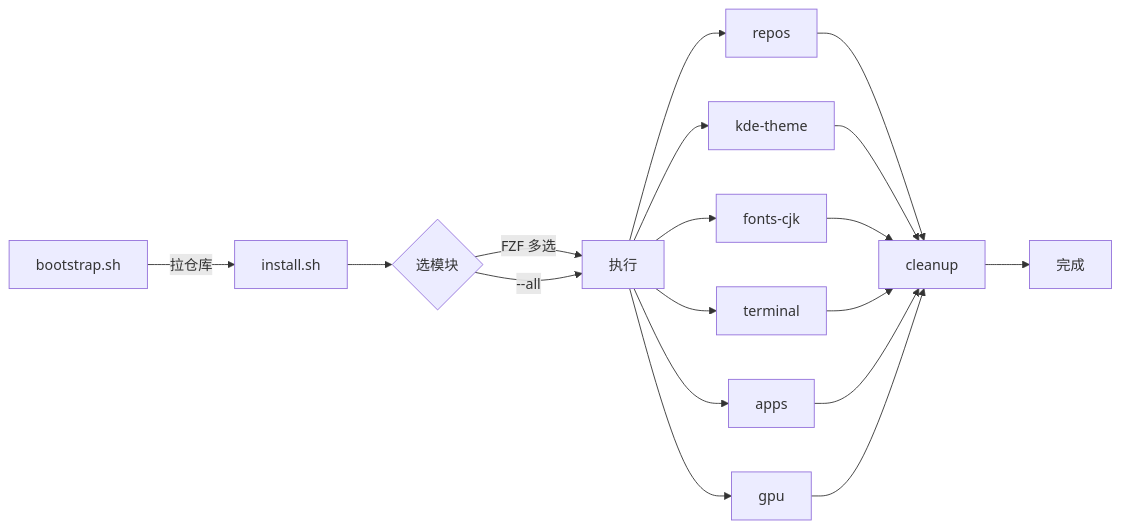
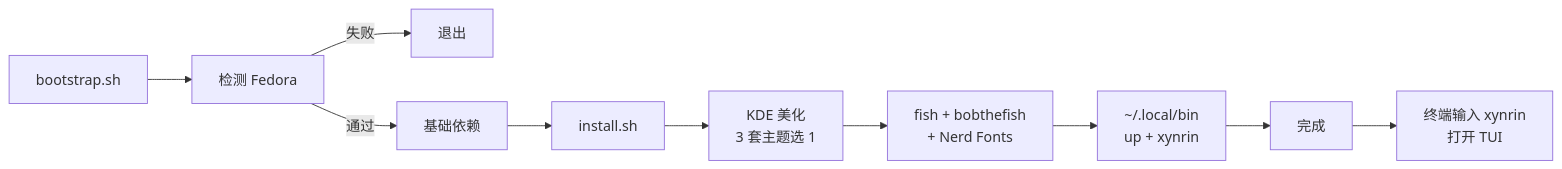
One commit to Xynrin/xynrin-fedora changed the diagram in README.md. Above: the diagram before and after it, drawn with Mermaid. The commit also changed other lines of this file and 13 other files, not shown here.

First line of the commit message:
feat: refactor for Fedora 44 KDE small-user-friendly TUI

````diff
--- a/README.md
+++ b/README.md
@@ -33,20 +31,12 @@
 ```mermaid
 flowchart LR
-    A[bootstrap.sh] -->|拉仓库| B[install.sh]
-    B --> C{选模块}
-    C -->|FZF 多选| D[执行]
-    C -->|--all| D
-    D --> E[repos]
-    D --> F[kde-theme]
-    D --> G[fonts-cjk]
-    D --> H[terminal]
-    D --> I[apps]
-    D --> J[gpu]
-    E --> K[cleanup]
-    F --> K
-    G --> K
-    H --> K
-    I --> K
-    J --> K
-    K --> L[完成]
+    A[bootstrap.sh] --> B[检测 Fedora]
+    B -->|失败| X[退出]
+    B -->|通过| C[基础依赖]
+    C --> D[install.sh]
+    D --> E[KDE 美化<br/>3 套主题选 1]
+    E --> F[fish + bobthefish<br/>+ Nerd Fonts]
+    F --> G[~/.local/bin<br/>up + xynrin]
+    G --> H[完成]
+    H --> I[终端输入 xynrin<br/>打开 TUI]
 ```
````
